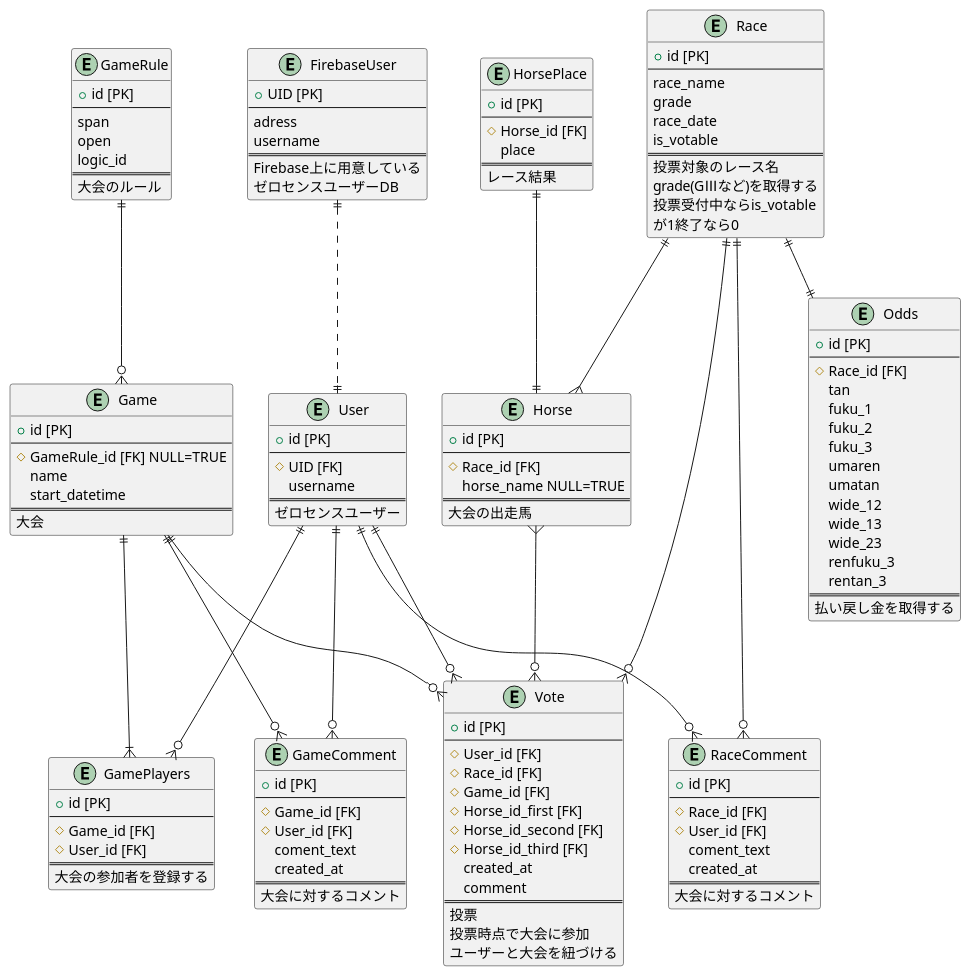
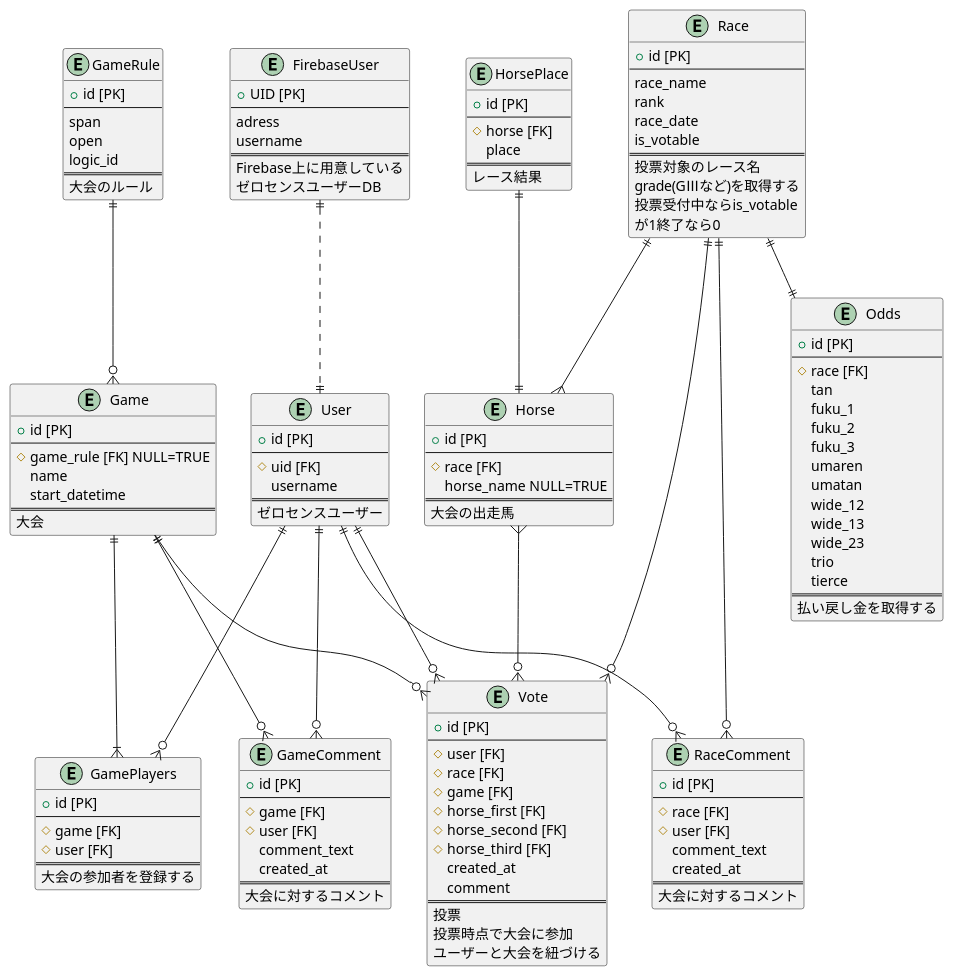
The diagram in UML/ER.pu (Kengo106/zerosense), drawn with PlantUML before and after one commit. The commit also changed 27 other files, not shown here.

```diff
--- a/UML/ER.pu
+++ b/UML/ER.pu
@@ -1,157 +1,157 @@
-@startuml 20230911_ER図
+@startuml 20230920_ER図
 
 
 entity HorsePlace {
   + id [PK]
   --
-  # Horse_id [FK]
+  # horse [FK]
   place
   ==
   レース結果
 }
 
 entity User {
   + id [PK]
   --
-  # UID [FK]
+  # uid [FK]
   username
   ==
   ゼロセンスユーザー
 }
 
 entity FirebaseUser {
   + UID [PK]
   --
   adress 
   username
   ==
   Firebase上に用意している
   ゼロセンスユーザーDB
 }
 
 entity Game {
   + id [PK]
   --
-  # GameRule_id [FK] NULL=TRUE
+  # game_rule [FK] NULL=TRUE
   name
   start_datetime
   ==
   大会
 }
 
 entity GameRule {
   + id [PK]
   --
   span
   open
   logic_id
   ==
   大会のルール
 }
 
 entity Vote {
   + id [PK]
   --
-  # User_id [FK]
-  # Race_id [FK]
-  # Game_id [FK]
-  # Horse_id_first [FK]
-  # Horse_id_second [FK]
-  # Horse_id_third [FK]
+  # user [FK]
+  # race [FK]
+  # game [FK]
+  # horse_first [FK]
+  # horse_second [FK]
+  # horse_third [FK]
   created_at
   comment
   ==
   投票
   投票時点で大会に参加
   ユーザーと大会を紐づける
 }
 
 entity Race{
   + id [PK]
   --
   race_name
-  grade
+  rank
   race_date
   is_votable
   ==
   投票対象のレース名
   grade(GⅢなど)を取得する  
   投票受付中ならis_votable
   が1終了なら0
 }
 
 entity Horse {
   + id [PK]
   --
-  # Race_id [FK] 
+  # race [FK] 
   horse_name NULL=TRUE
   ==
   大会の出走馬
 }
 
 entity Odds {
   + id [PK]
   --
-  # Race_id [FK]
+  # race [FK]
   tan
   fuku_1
   fuku_2
   fuku_3
   umaren
   umatan
   wide_12
   wide_13
   wide_23
-  renfuku_3
-  rentan_3
+  trio
+  tierce
   ==
   払い戻し金を取得する
 }
 
 entity GameComment {
   + id [PK]
   --
-  # Game_id [FK]
-  # User_id [FK]
-  coment_text
+  # game [FK]
+  # user [FK]
+  comment_text
   created_at
   ==
   大会に対するコメント
 }
 
 entity GamePlayers {
   + id [PK]
   --
-  # Game_id [FK]
-  # User_id [FK]
+  # game [FK]
+  # user [FK]
   ==
   大会の参加者を登録する
 }
 
 entity RaceComment {
   + id [PK]
   --
-  # Race_id [FK]
-  # User_id [FK]
-  coment_text
+  # race [FK]
+  # user [FK]
+  comment_text
   created_at
   ==
   大会に対するコメント
 }
 
 Race ||--|| Odds
 User ||--o{ Vote
 Horse }--o{ Vote
 Race ||--o{ Vote
 Game ||--o{ Vote
 Race ||--{ Horse
 User ||--o{ GameComment
 Game ||--o{ GameComment
 User ||--o{ RaceComment
 Race ||--o{ RaceComment
 GameRule ||--o{ Game
 HorsePlace ||--|| Horse
 FirebaseUser ||..|| User
 Game ||--|{ GamePlayers
 User ||--o{ GamePlayers
 @enduml
```
